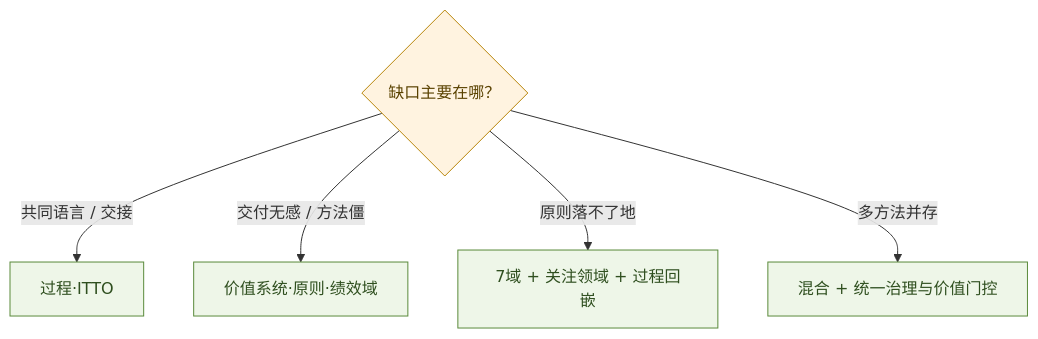
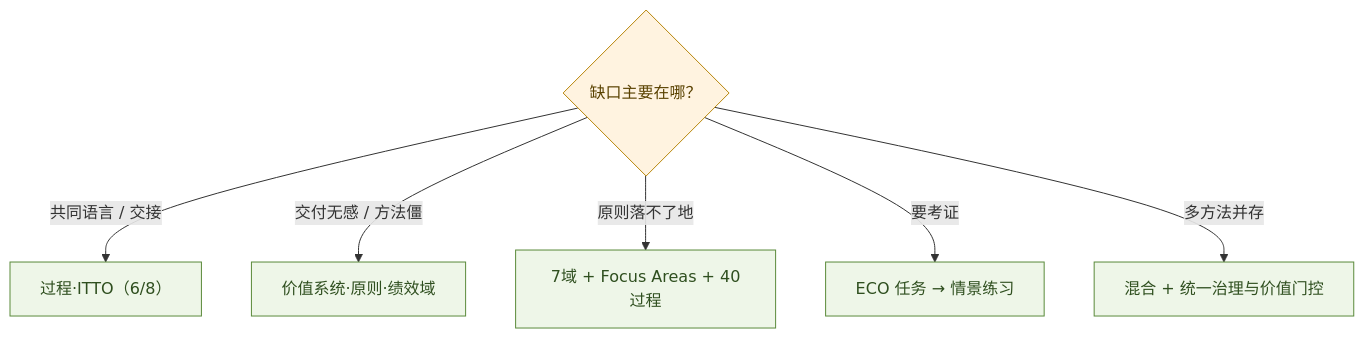
Before and after one commit to xiaxinyu/knowledge_base: the fifth of 5 diagrams in 30-governance/32-project-management-pmbok-value-delivery-treatise.md, drawn with Mermaid. The commit also changed other lines of this file and 1 other file, not shown here.

````diff
--- a/30-governance/32-project-management-pmbok-value-delivery-treatise.md
+++ b/30-governance/32-project-management-pmbok-value-delivery-treatise.md
@@ -217,11 +696,12 @@
 ```mermaid
 flowchart TD
   classDef q fill:#fff3e0,stroke:#b8860b,color:#5a4200
   classDef a fill:#eef6e8,stroke:#5a8a3a,color:#2f4f1f
 
   Q{"缺口主要在哪？"}:::q
-  Q -->|"共同语言 / 交接"| P6["过程·ITTO"]:::a
+  Q -->|"共同语言 / 交接"| P6["过程·ITTO（6/8）"]:::a
   Q -->|"交付无感 / 方法僵"| P7["价值系统·原则·绩效域"]:::a
-  Q -->|"原则落不了地"| P8["7域 + 关注领域 + 过程回嵌"]:::a
+  Q -->|"原则落不了地"| P8["7域 + Focus Areas + 40过程"]:::a
+  Q -->|"要考证"| ECO["ECO 任务 → 情景练习"]:::a
   Q -->|"多方法并存"| H["混合 + 统一治理与价值门控"]:::a
 ```
````
